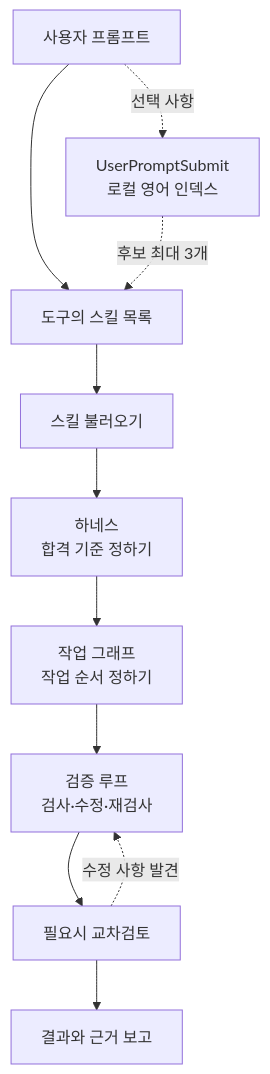
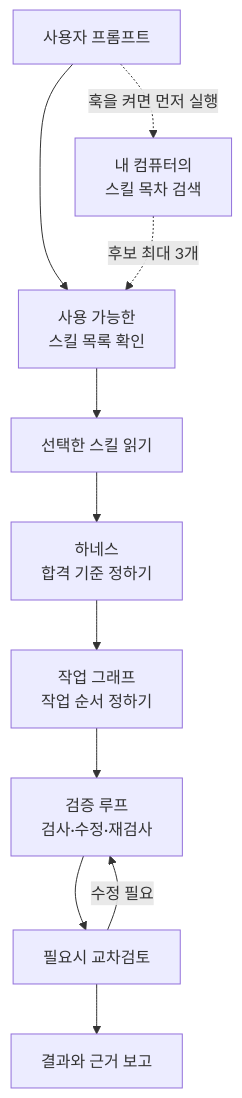
One commit to leejungmin91/engineering-workflow changed the diagram in README.ko.md. Above: the diagram before and after it, drawn with Mermaid. The commit also changed other lines of this file and 2 other files, not shown here.

Commit message:
Clarify the skill index and workflow arrows

````diff
--- a/README.ko.md
+++ b/README.ko.md
@@ -13,13 +17,13 @@
 ```mermaid
 flowchart TB
-    Prompt["사용자 프롬프트"] --> Catalog["도구의 스킬 목록"]
-    Prompt -. 선택 사항 .-> Index["UserPromptSubmit<br/>로컬 영어 인덱스"]
+    Prompt["사용자 프롬프트"] --> Catalog["사용 가능한<br/>스킬 목록 확인"]
+    Prompt -. 훅을 켜면 먼저 실행 .-> Index["내 컴퓨터의<br/>스킬 목차 검색"]
     Index -. 후보 최대 3개 .-> Catalog
-    Catalog --> Skill["스킬 불러오기"]
+    Catalog --> Skill["선택한 스킬 읽기"]
     Skill --> Harness["하네스<br/>합격 기준 정하기"]
     Harness --> Graph["작업 그래프<br/>작업 순서 정하기"]
     Graph --> Loop["검증 루프<br/>검사·수정·재검사"]
     Loop --> Review["필요시 교차검토"]
-    Review -. 수정 사항 발견 .-> Loop
+    Review -->|수정 필요| Loop
     Review --> Report["결과와 근거 보고"]
 ```
````
